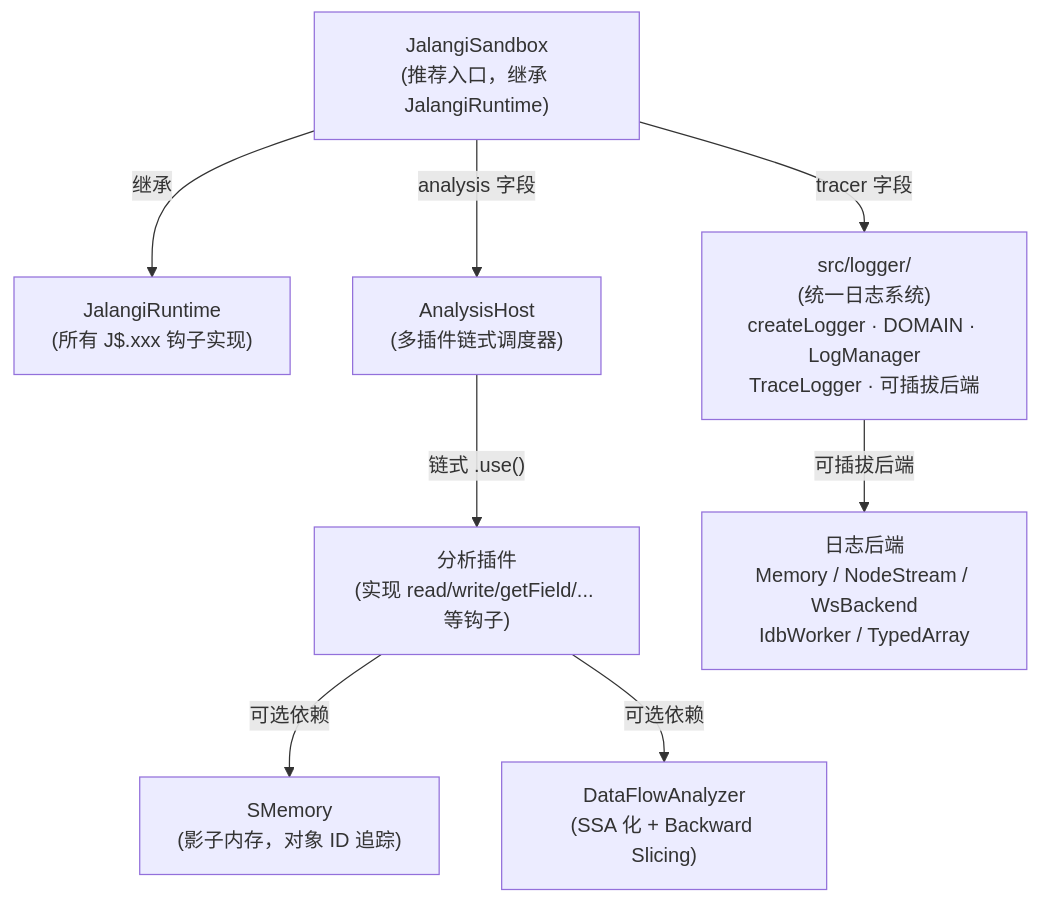
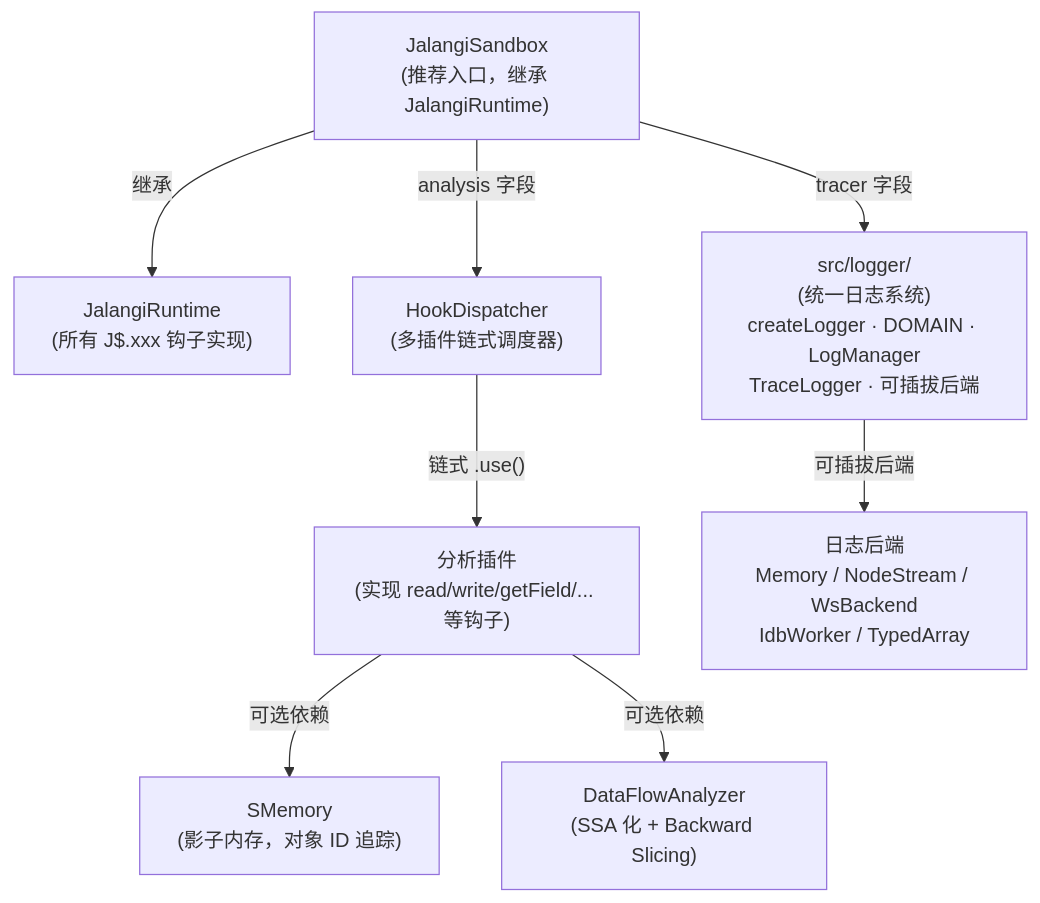
Before and after one commit to fuckreverse/Jani: the third of 3 diagrams in docs/Overview.md, drawn with Mermaid. The commit also changed other lines of this file and 13 other files, not shown here.

First line of the commit message:
refactor: 将 AnalysisHost 重命名为 HookDispatcher 并替换相关引用

````diff
--- a/docs/Overview.md
+++ b/docs/Overview.md
@@ -84,19 +84,19 @@
 ```mermaid
 flowchart TD
     Sandbox["JalangiSandbox\n(推荐入口，继承 JalangiRuntime)"]
     Runtime["JalangiRuntime\n(所有 J$.xxx 钩子实现)"]
-    Host["AnalysisHost\n(多插件链式调度器)"]
+    Host["HookDispatcher\n(多插件链式调度器)"]
     Plugin["分析插件\n(实现 read/write/getField/... 等钩子)"]
     SMemory["SMemory\n(影子内存，对象 ID 追踪)"]
     DFA["DataFlowAnalyzer\n(SSA 化 + Backward Slicing)"]
     Logger["src/logger/\n(统一日志系统)\ncreateLogger · DOMAIN · LogManager\nTraceLogger · 可插拔后端"]
     Backend["日志后端\nMemory / NodeStream / WsBackend\nIdbWorker / TypedArray"]
 
     Sandbox -->|"继承"| Runtime
     Sandbox -->|"analysis 字段"| Host
     Host -->|"链式 .use()"| Plugin
     Plugin -->|"可选依赖"| SMemory
     Plugin -->|"可选依赖"| DFA
     Sandbox -->|"tracer 字段"| Logger
     Logger -->|"可插拔后端"| Backend
 ```
````
